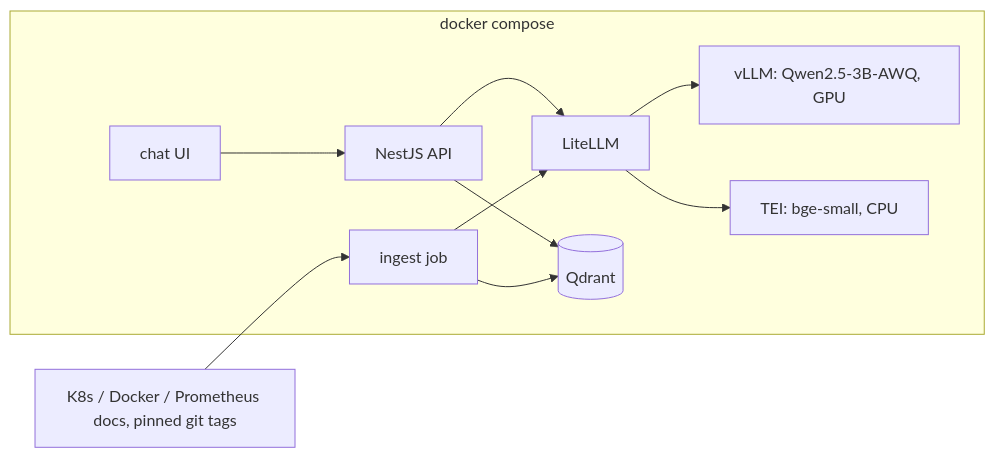
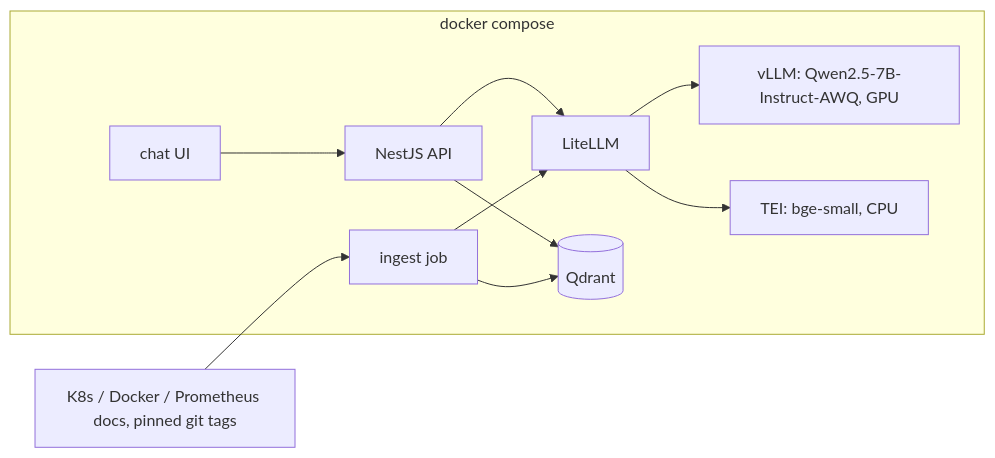
One commit to shing3tsu/docsage changed the diagram in README.md. Above: the diagram before and after it, drawn with Mermaid. The commit also changed other lines of this file and 3 other files, not shown here.

````diff
--- a/README.md
+++ b/README.md
@@ -21,13 +23,13 @@
 ```mermaid
 flowchart LR
   subgraph compose[docker compose]
     UI[chat UI] --> API[NestJS API]
     API --> GW[LiteLLM]
-    GW --> V[vLLM: Qwen2.5-3B-AWQ, GPU]
+    GW --> V[vLLM: Qwen2.5-7B-Instruct-AWQ, GPU]
     GW --> E[TEI: bge-small, CPU]
     API --> Q[(Qdrant)]
     ING[ingest job] --> GW
     ING --> Q
   end
   DOCS[K8s / Docker / Prometheus docs, pinned git tags] --> ING
 ```
````
